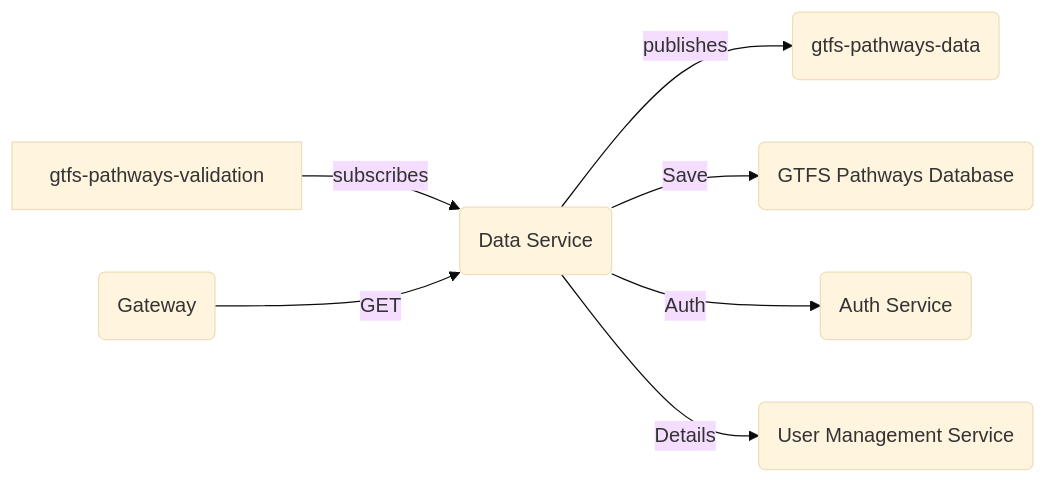
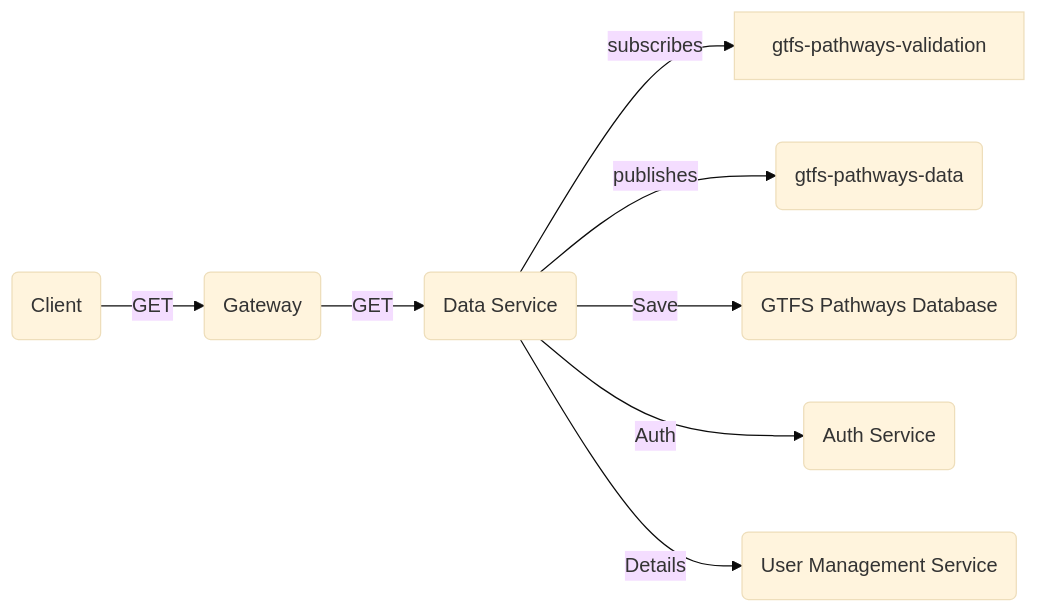
One commit to TaskarCenterAtUW/TDEI-template-datasvc-ts changed the first of 2 diagrams in README.md. Above: the diagram before and after it, drawn with Mermaid (base theme). The commit also changed other lines of this file, not shown here.

````diff
--- a/README.md
+++ b/README.md
@@ -71,8 +72,10 @@
 ```mermaid
 graph LR;
-    A[gtfs-pathways-validation] -->|subscribes| B(Data Service) -->|publishes| C(gtfs-pathways-data)
+    B(Data Service) -->|subscribes| A[gtfs-pathways-validation]
+    B -->|publishes| C(gtfs-pathways-data)
     B -->|Save| D(GTFS Pathways Database)
     B -->|Auth| E(Auth Service)
-    B -->|Details| F(User Management Service)
+    B -->|Details| I(User Management Service)
     G(Gateway) -->|GET| B(Data Service)
+    H(Client) -->|GET| G
 ```
````
